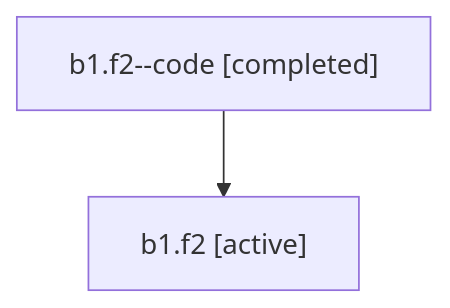
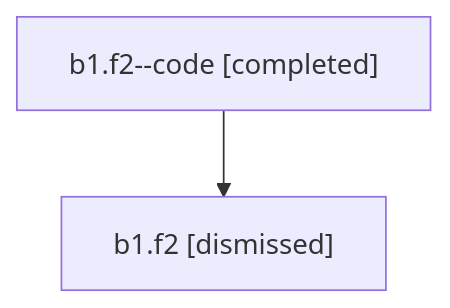
The diagram in sessions/bbugyi200.athena.b1.f2.md (sase-org/sase--agents), drawn with Mermaid before and after one commit. The commit also changed other lines of this file and 34 other files, not shown here.

````diff
--- a/sessions/bbugyi200.athena.b1.f2.md
+++ b/sessions/bbugyi200.athena.b1.f2.md
@@ -9,6 +9,6 @@
 ```mermaid
 flowchart TD
   n0["b1.f2--code [completed]"]
-  n1["b1.f2 [active]"]
+  n1["b1.f2 [dismissed]"]
   n0 --> n1
 ```
````
